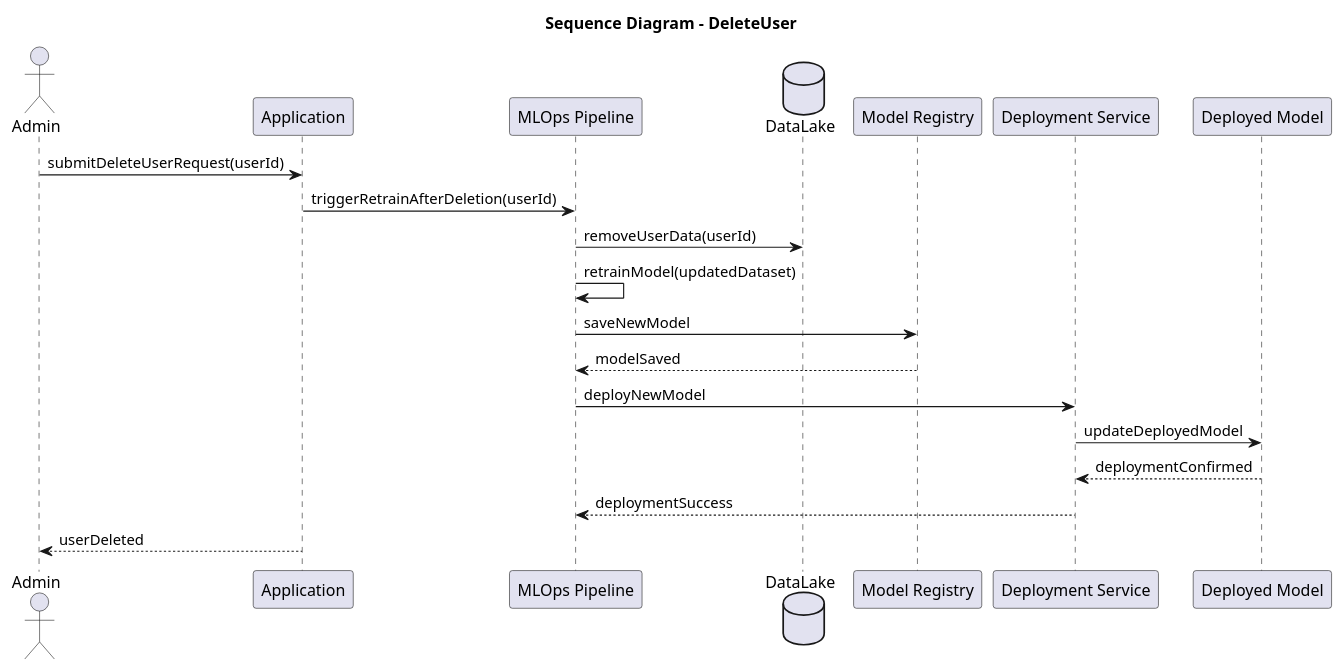
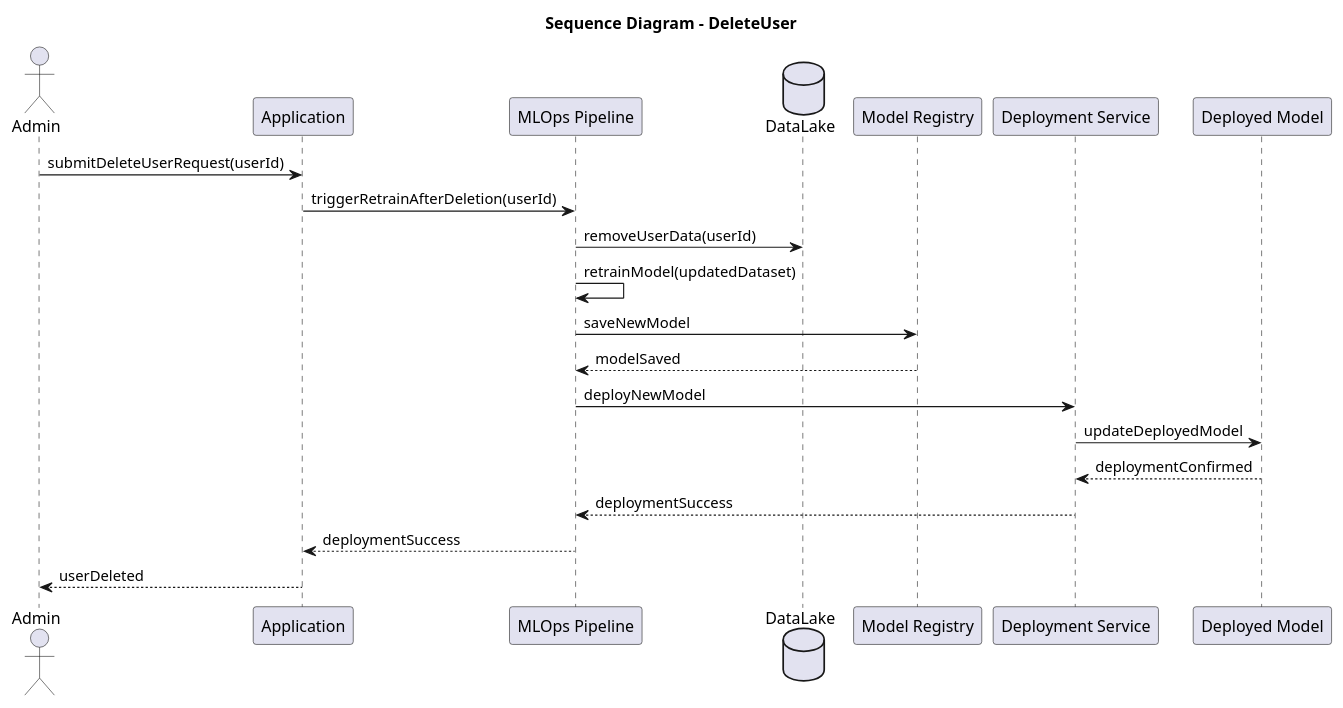
Before and after one commit to ODAncona/MachLeData_Project: the diagram in project_mgmt/diagrams/delete_user.md, drawn with PlantUML. The commit also changed 25 other files, not shown here.

```diff
--- a/project_mgmt/diagrams/delete_user.md
+++ b/project_mgmt/diagrams/delete_user.md
@@ -1,23 +1,24 @@
 @startuml
 title Sequence Diagram - DeleteUser
 
 actor Admin
 participant Application
 participant "MLOps Pipeline" as MLOpsPipeline
 database "DataLake"
 participant "Model Registry" as ModelRegistry
 participant "Deployment Service" as DeploymentService
 participant "Deployed Model" as Model
 
 Admin -> Application: submitDeleteUserRequest(userId)
 Application -> MLOpsPipeline: triggerRetrainAfterDeletion(userId)
 MLOpsPipeline -> DataLake: removeUserData(userId)
 MLOpsPipeline -> MLOpsPipeline: retrainModel(updatedDataset)
 MLOpsPipeline -> ModelRegistry: saveNewModel
 ModelRegistry --> MLOpsPipeline: modelSaved
 MLOpsPipeline -> DeploymentService: deployNewModel
 DeploymentService -> Model: updateDeployedModel
 Model --> DeploymentService: deploymentConfirmed
 DeploymentService --> MLOpsPipeline: deploymentSuccess
+MLOpsPipeline --> Application: deploymentSuccess
 Application --> Admin: userDeleted
 @enduml
```
